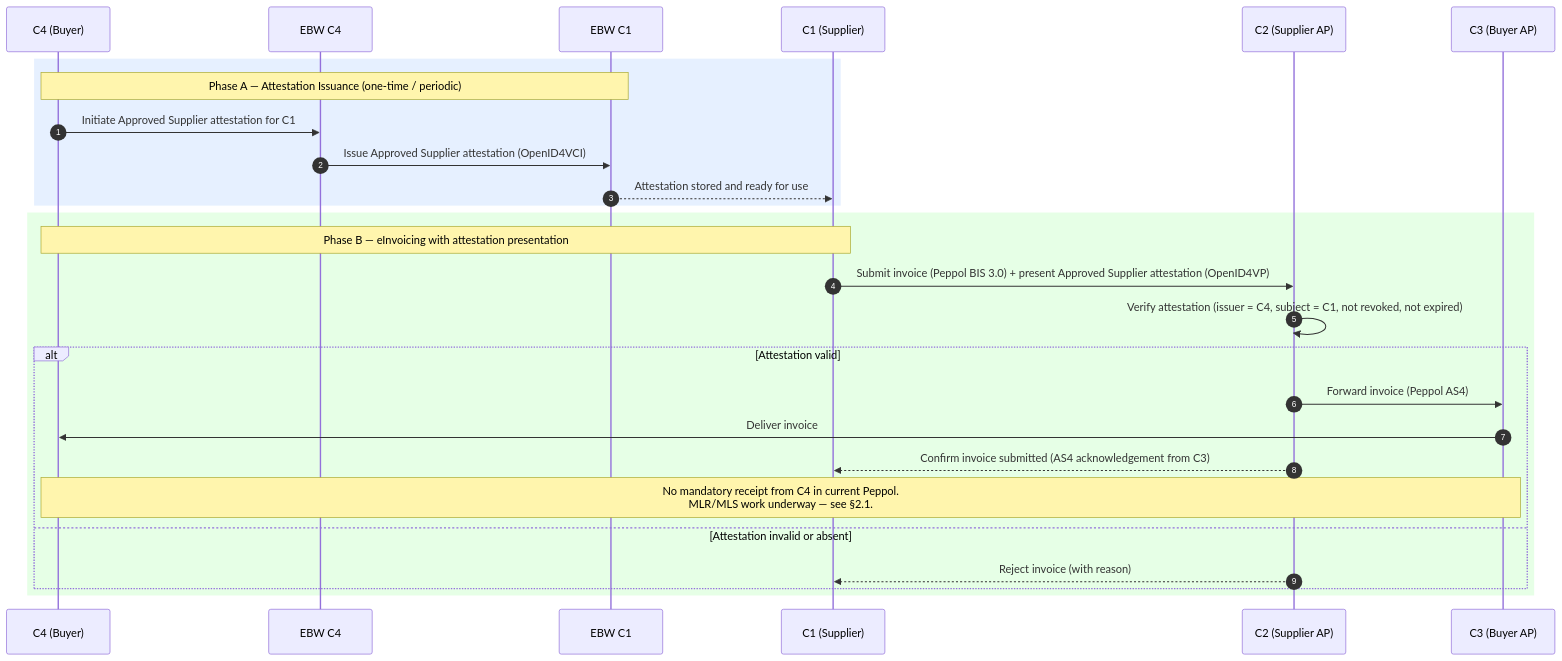
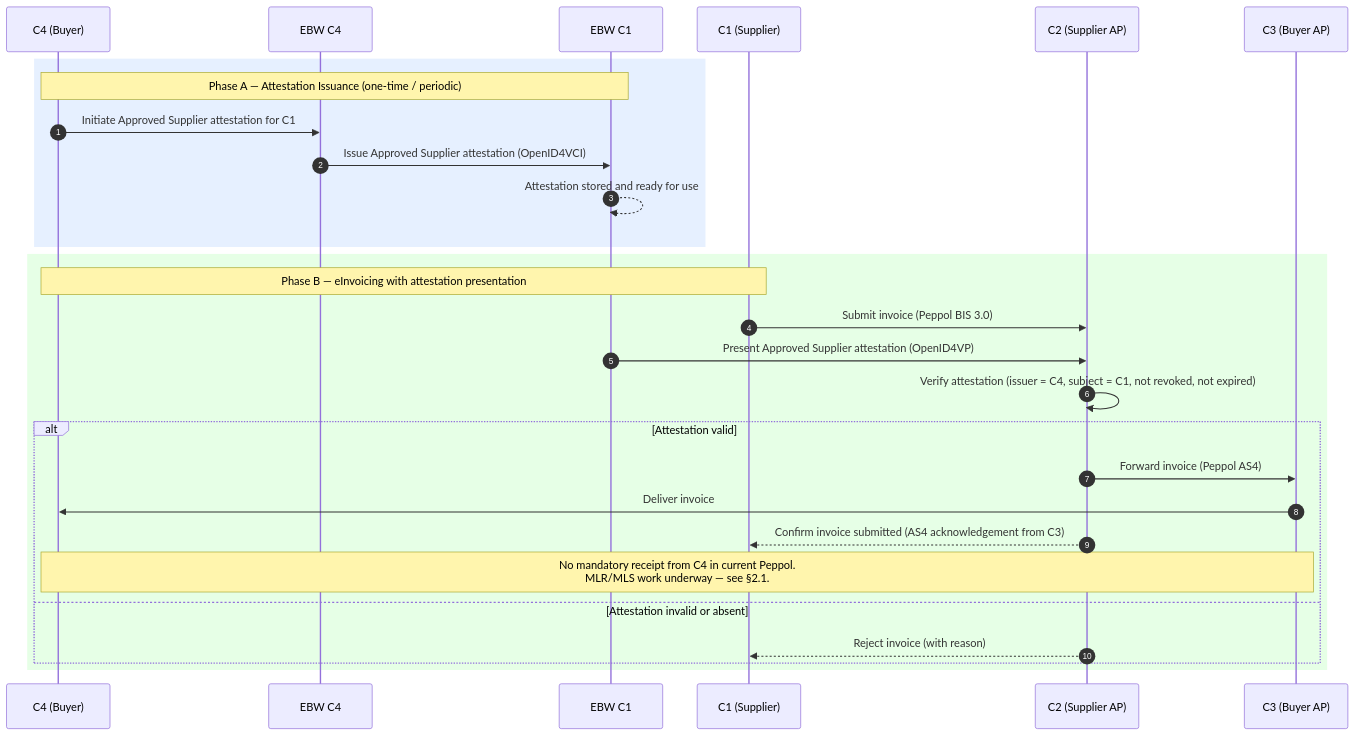
Before and after one commit to webuild-consortium/SC5: the second of 5 diagrams in Scenario/Description.md, drawn with Mermaid. The commit also changed other lines of this file and 1 other file, not shown here.

Commit message:
Fixed presentation flow

````diff
--- a/Scenario/Description.md
+++ b/Scenario/Description.md
@@ -182,31 +182,32 @@
 ```mermaid
 sequenceDiagram
     autonumber
     participant C4 as C4 (Buyer)
     participant EBW_C4 as EBW C4
     participant EBW_C1 as EBW C1
     participant C1 as C1 (Supplier)
     participant C2 as C2 (Supplier AP)
     participant C3 as C3 (Buyer AP)
 
     rect rgb(230, 240, 255)
         Note over C4, EBW_C1: Phase A — Attestation Issuance (one-time / periodic)
         C4 ->> EBW_C4: Initiate Approved Supplier attestation for C1
         EBW_C4 ->> EBW_C1: Issue Approved Supplier attestation (OpenID4VCI)
-        EBW_C1 -->> C1: Attestation stored and ready for use
+        EBW_C1 -->> EBW_C1: Attestation stored and ready for use
     end
 
     rect rgb(230, 255, 230)
         Note over C1, C4: Phase B — eInvoicing with attestation presentation
-        C1 ->> C2: Submit invoice (Peppol BIS 3.0) + present Approved Supplier attestation (OpenID4VP)
+        C1 ->> C2: Submit invoice (Peppol BIS 3.0)
+        EBW_C1 ->> C2: Present Approved Supplier attestation (OpenID4VP)
         C2 ->> C2: Verify attestation (issuer = C4, subject = C1, not revoked, not expired)
         alt Attestation valid
             C2 ->> C3: Forward invoice (Peppol AS4)
             C3 ->> C4: Deliver invoice
             C2 -->> C1: Confirm invoice submitted (AS4 acknowledgement from C3)
             Note over C3, C4: No mandatory receipt from C4 in current Peppol.<br/>MLR/MLS work underway — see §2.1.
         else Attestation invalid or absent
             C2 -->> C1: Reject invoice (with reason)
         end
     end
 ```
````
